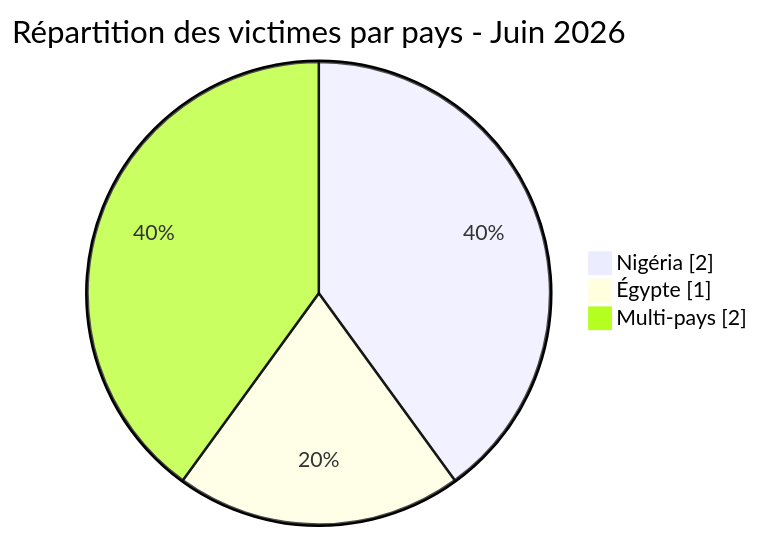
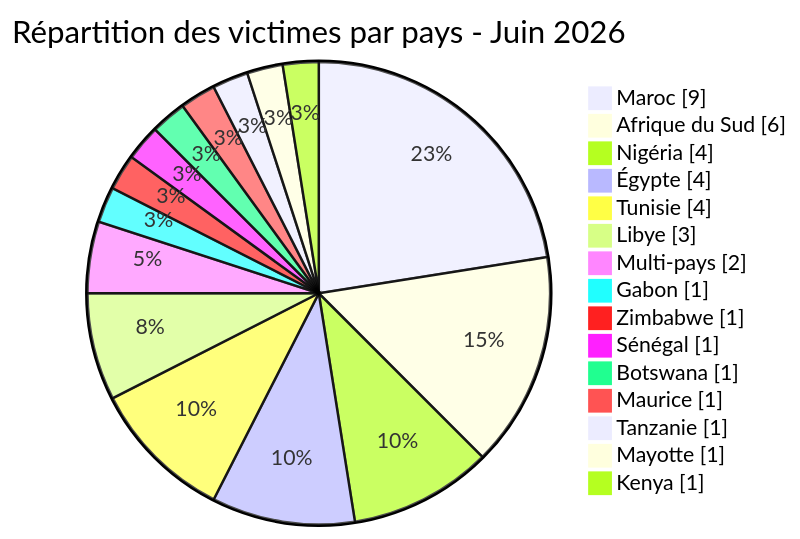
The first of 4 diagrams in CyberAttackAfrica/2026/06-june/README_FR.md (Hatchepsoute/AFRINTEL), drawn with Mermaid before and after one commit. The commit also changed other lines of this file and 18 other files, not shown here.

````diff
--- a/CyberAttackAfrica/2026/06-june/README_FR.md
+++ b/CyberAttackAfrica/2026/06-june/README_FR.md
@@ -61,7 +78,19 @@
 ```mermaid
 pie showData
-    title Répartition des victimes par pays - Juin 2026
-    "Nigéria" : 2
-    "Égypte" : 1
-    "Multi-pays" : 2
+ title Répartition des victimes par pays - Juin 2026
+ "Maroc" : 9
+ "Afrique du Sud" : 6
+ "Nigéria" : 4
+ "Égypte" : 4
+ "Tunisie" : 4
+ "Libye" : 3
+ "Multi-pays" : 2
+ "Gabon" : 1
+ "Zimbabwe" : 1
+ "Sénégal" : 1
+ "Botswana" : 1
+ "Maurice" : 1
+ "Tanzanie" : 1
+ "Mayotte" : 1
+ "Kenya" : 1
 ```
````
